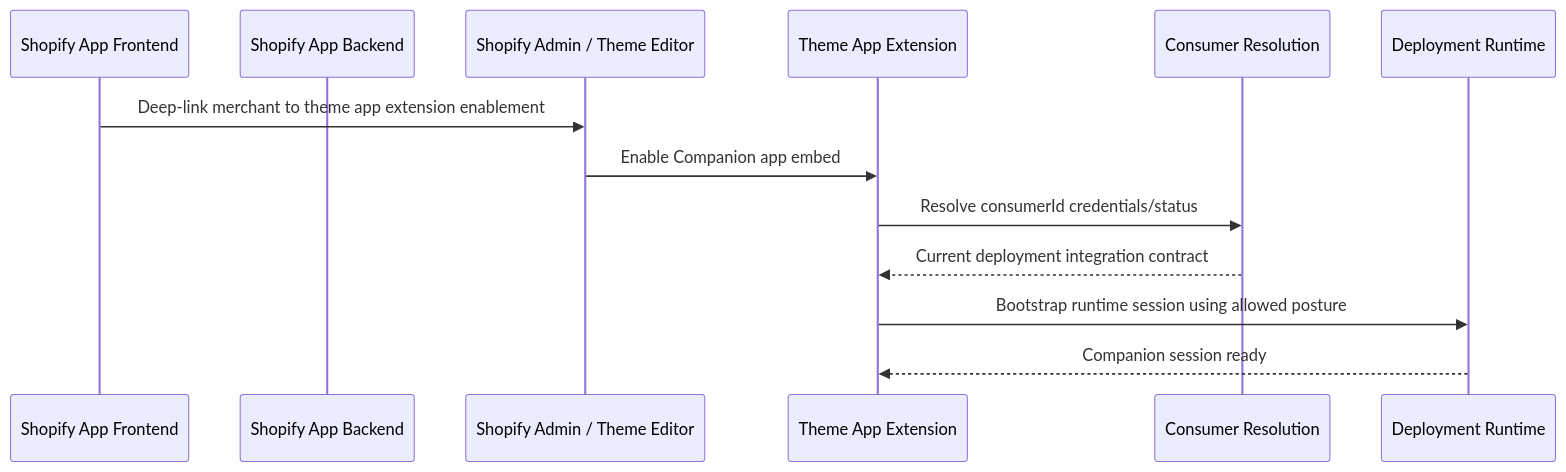
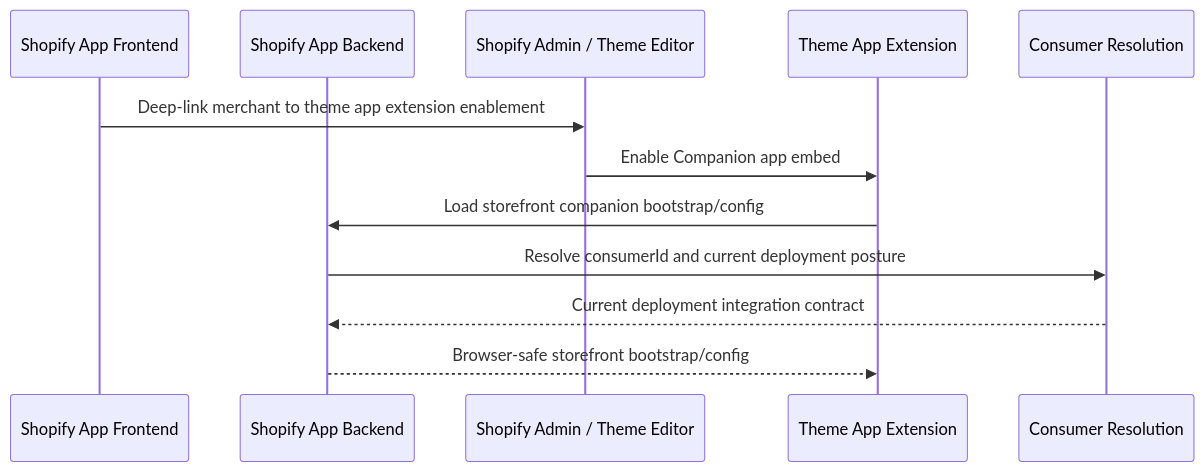
Before and after one commit to mahmoudashraf/AI-Fabric-Framework: the fifth of 9 diagrams in doc/Productization/future-work/MarketPlace/Products/SHOPIFY_COMPANION_SUBSCRIPTION_AND_GO_LIVE_FLOW.md, drawn with Mermaid. The commit also changed other lines of this file and 1 other file, not shown here.

Commit message:
Align Shopify Companion docs with auth model

````diff
--- a/doc/Productization/future-work/MarketPlace/Products/SHOPIFY_COMPANION_SUBSCRIPTION_AND_GO_LIVE_FLOW.md
+++ b/doc/Productization/future-work/MarketPlace/Products/SHOPIFY_COMPANION_SUBSCRIPTION_AND_GO_LIVE_FLOW.md
@@ -284,16 +291,15 @@
 ```mermaid
 sequenceDiagram
     participant AF as Shopify App Frontend
     participant AB as Shopify App Backend
     participant SA as Shopify Admin / Theme Editor
     participant TE as Theme App Extension
     participant CR as Consumer Resolution
-    participant RT as Deployment Runtime
 
     AF->>SA: Deep-link merchant to theme app extension enablement
     SA->>TE: Enable Companion app embed
-    TE->>CR: Resolve consumerId credentials/status
-    CR-->>TE: Current deployment integration contract
-    TE->>RT: Bootstrap runtime session using allowed posture
-    RT-->>TE: Companion session ready
+    TE->>AB: Load storefront companion bootstrap/config
+    AB->>CR: Resolve consumerId and current deployment posture
+    CR-->>AB: Current deployment integration contract
+    AB-->>TE: Browser-safe storefront bootstrap/config
 ```
````
